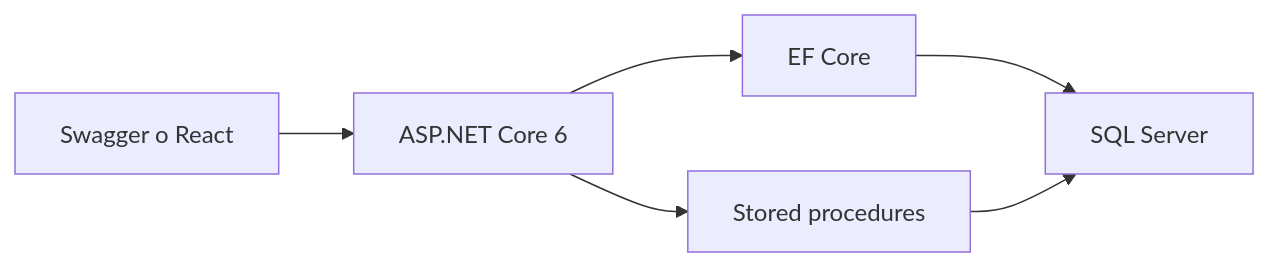
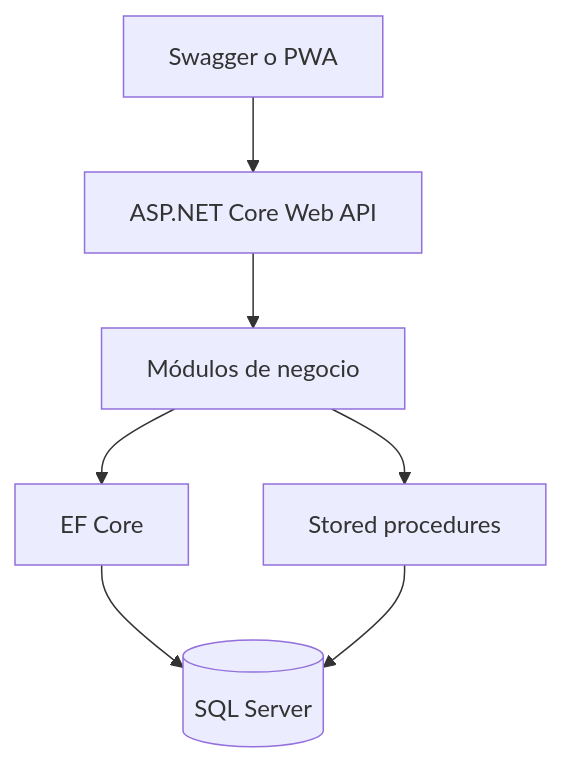
One commit to ijtrujillo99/GestionAcademica changed the first of 4 diagrams in README.md. Above: the diagram before and after it, drawn with Mermaid. The commit also changed other lines of this file, not shown here.

First line of the commit message:
Revise README.md to enhance API documentation and clarify project structure

````diff
--- a/README.md
+++ b/README.md
@@ -25,14 +31,16 @@
 ```mermaid
-flowchart LR
-  cliente[Swagger o React]
-  api[ASP.NET Core 6]
+flowchart TB
+  cliente[Swagger o PWA]
+  api[ASP.NET Core Web API]
+  modulos[Módulos de negocio]
   ef[EF Core]
   sp[Stored procedures]
-  sql[SQL Server]
+  sql[(SQL Server)]
 
   cliente --> api
-  api --> ef
-  api --> sp
+  api --> modulos
+  modulos --> ef
+  modulos --> sp
   ef --> sql
   sp --> sql
 ```
````
